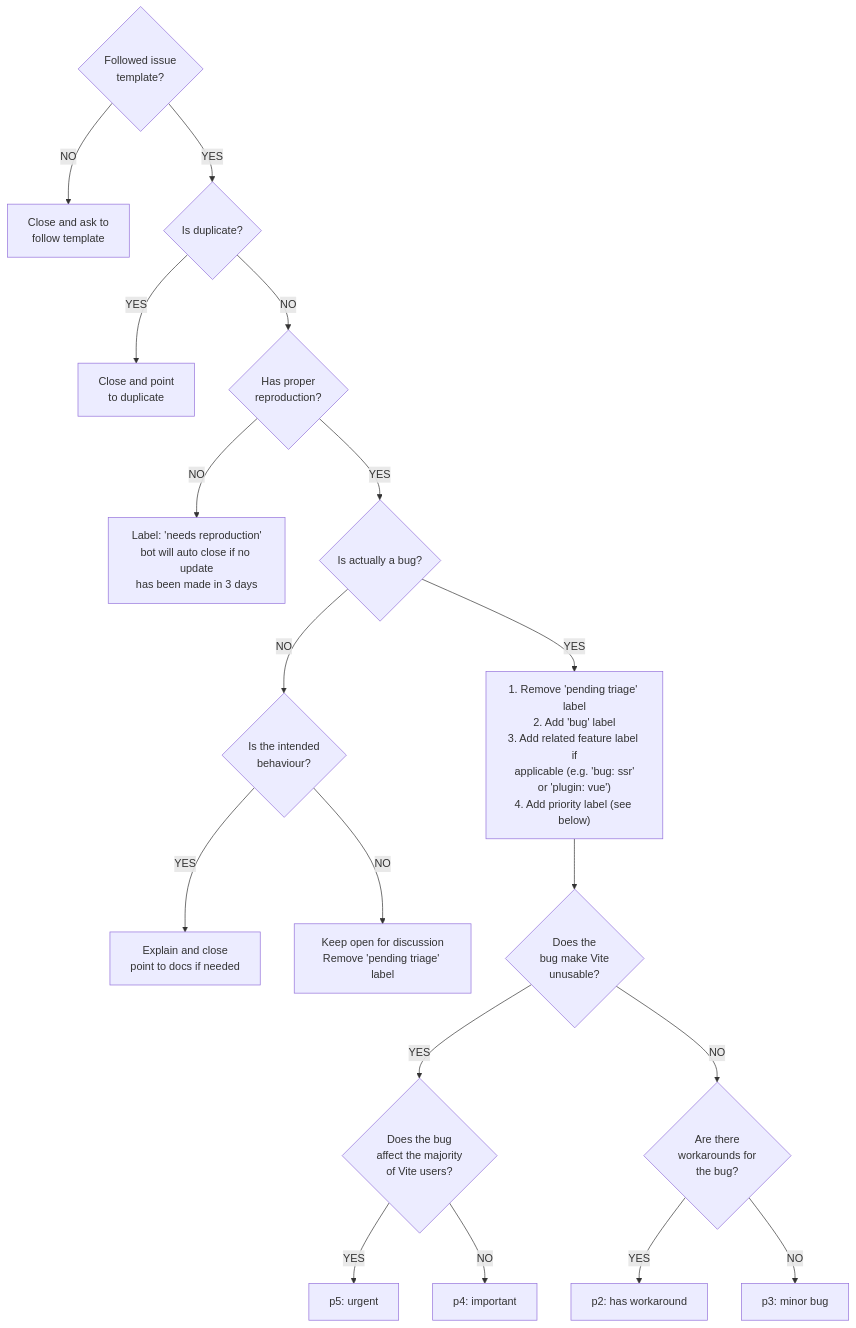
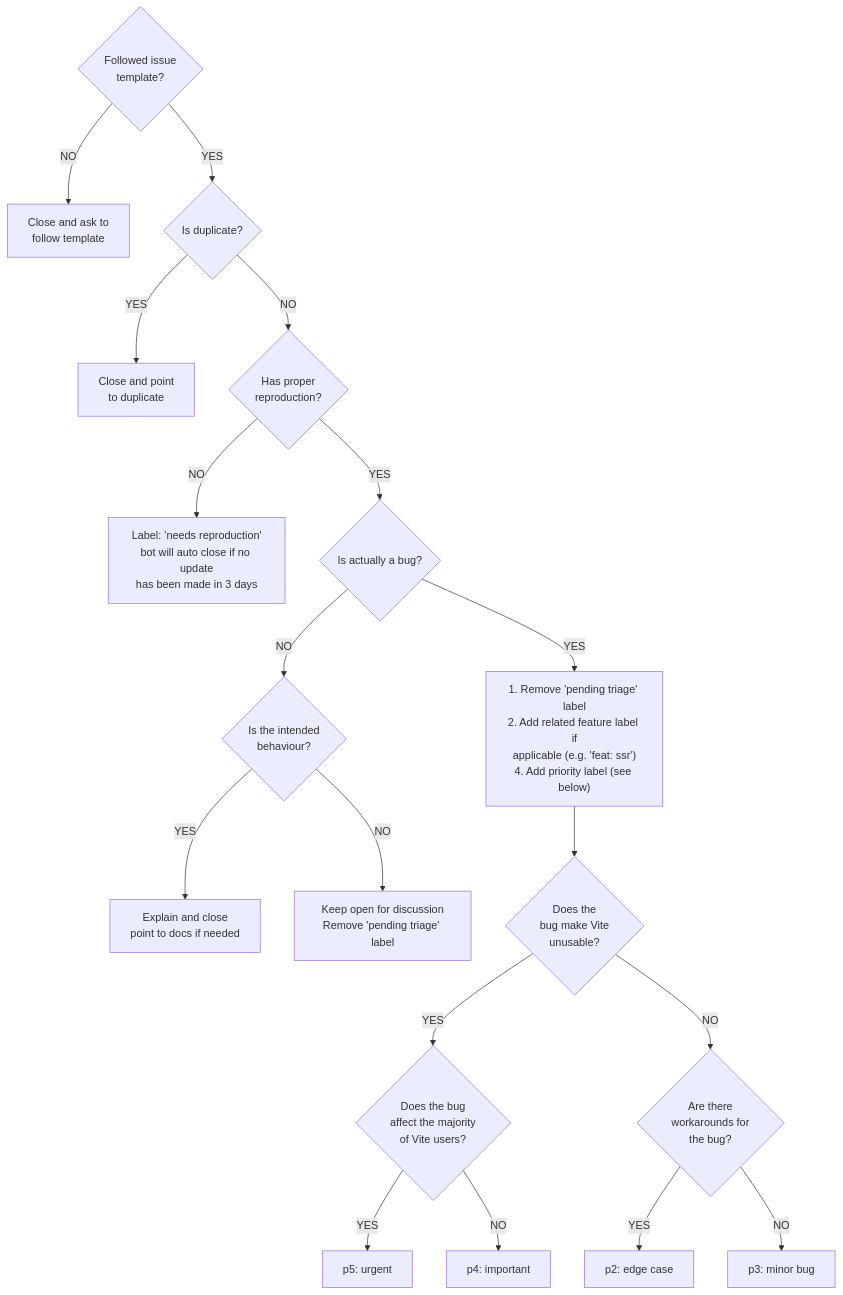
Before and after one commit to vitejs/vite: the first of 2 diagrams in CONTRIBUTING.md, drawn with Mermaid.

Commit message:
chore: update issue triaging workflow labels

````diff
--- a/CONTRIBUTING.md
+++ b/CONTRIBUTING.md
@@ -200,21 +200,21 @@
 ```mermaid
 flowchart TD
     start{Followed issue\ntemplate?}
     start --NO--> close1[Close and ask to\nfollow template]
     start --YES--> dupe{Is duplicate?}
     dupe --YES--> close2[Close and point\nto duplicate]
     dupe --NO--> repro{Has proper\nreproduction?}
     repro --NO--> close3[Label: 'needs reproduction'\nbot will auto close if no update\nhas been made in 3 days]
     repro --YES--> real{Is actually a bug?}
     real --NO--> intended{Is the intended\nbehaviour?}
     intended --YES--> explain[Explain and close\npoint to docs if needed]
     intended --NO--> open[Keep open for discussion\nRemove 'pending triage' label]
-    real --YES--> real2["1. Remove 'pending triage' label\n2. Add 'bug' label\n3. Add related feature label if\napplicable (e.g. 'bug: ssr'\nor 'plugin: vue')\n4. Add priority label (see below)"]
+    real --YES--> real2["1. Remove 'pending triage' label\n2. Add related feature label if\napplicable (e.g. 'feat: ssr')\n4. Add priority label (see below)"]
     real2 --> unusable{Does the\nbug make Vite\nunusable?}
     unusable --YES--> maj{Does the bug\naffect the majority\nof Vite users?}
     maj --YES--> p5[p5: urgent]
     maj --NO--> p4[p4: important]
     unusable --NO--> workarounds{Are there\nworkarounds for\nthe bug?}
-    workarounds --YES--> p2[p2: has workaround]
+    workarounds --YES--> p2[p2: edge case]
     workarounds --NO--> p3[p3: minor bug]
 ```
````
